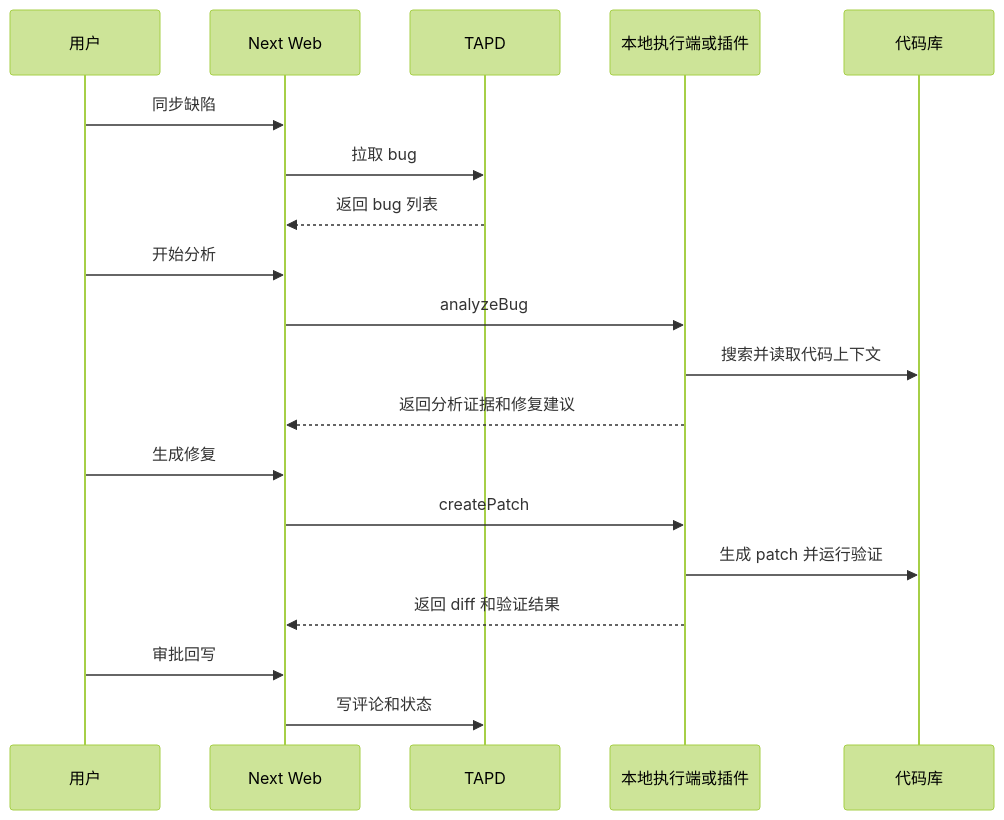
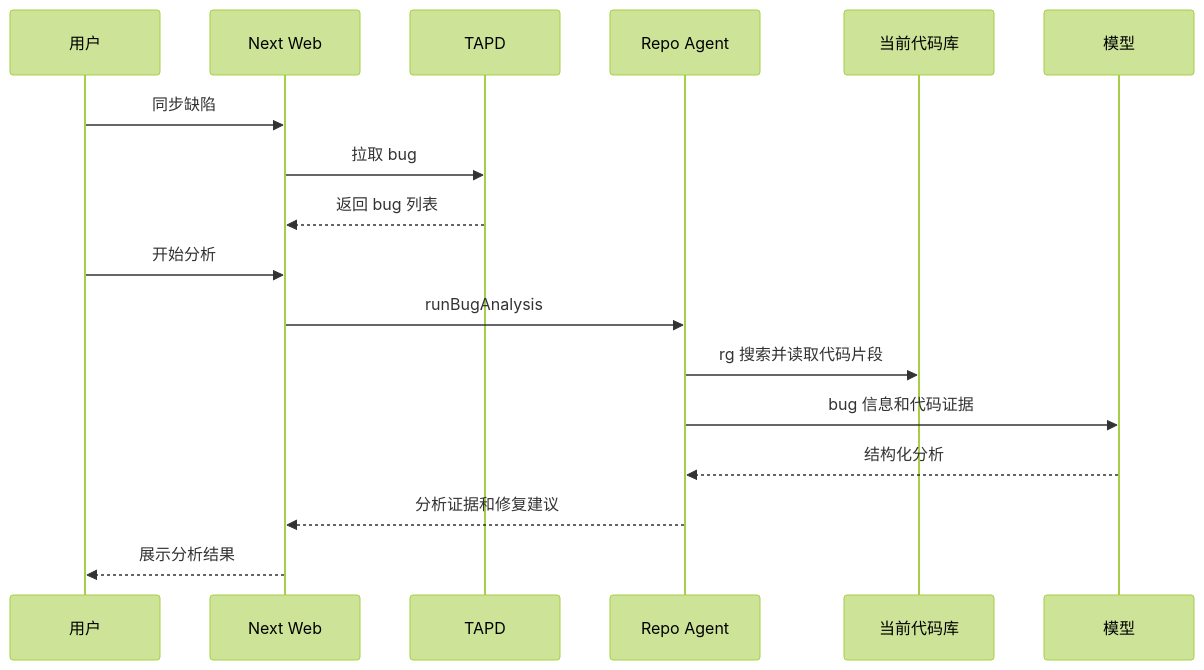
Before and after one commit to scizuixiangsis/sunjt-chatbot: the second of 3 diagrams in bug-agent-architecture-plan.md, drawn with Mermaid (forest theme). The commit also changed other lines of this file, not shown here.

Commit message:
feat(tapd-agent): 更新本地执行端架构方案，明确阶段性目标与能力定义

````diff
--- a/bug-agent-architecture-plan.md
+++ b/bug-agent-architecture-plan.md
@@ -104,22 +160,20 @@
 ```mermaid
 sequenceDiagram
   participant User as 用户
   participant Web as Next Web
   participant Tapd as TAPD
-  participant Executor as 本地执行端或插件
-  participant Repo as 代码库
+  participant RepoAgent as Repo Agent
+  participant Repo as 当前代码库
+  participant Model as 模型
 
   User->>Web: 同步缺陷
   Web->>Tapd: 拉取 bug
   Tapd-->>Web: 返回 bug 列表
   User->>Web: 开始分析
-  Web->>Executor: analyzeBug
-  Executor->>Repo: 搜索并读取代码上下文
-  Executor-->>Web: 返回分析证据和修复建议
-  User->>Web: 生成修复
-  Web->>Executor: createPatch
-  Executor->>Repo: 生成 patch 并运行验证
-  Executor-->>Web: 返回 diff 和验证结果
-  User->>Web: 审批回写
-  Web->>Tapd: 写评论和状态
+  Web->>RepoAgent: runBugAnalysis
+  RepoAgent->>Repo: rg 搜索并读取代码片段
+  RepoAgent->>Model: bug 信息和代码证据
+  Model-->>RepoAgent: 结构化分析
+  RepoAgent-->>Web: 分析证据和修复建议
+  Web-->>User: 展示分析结果
 ```
````
